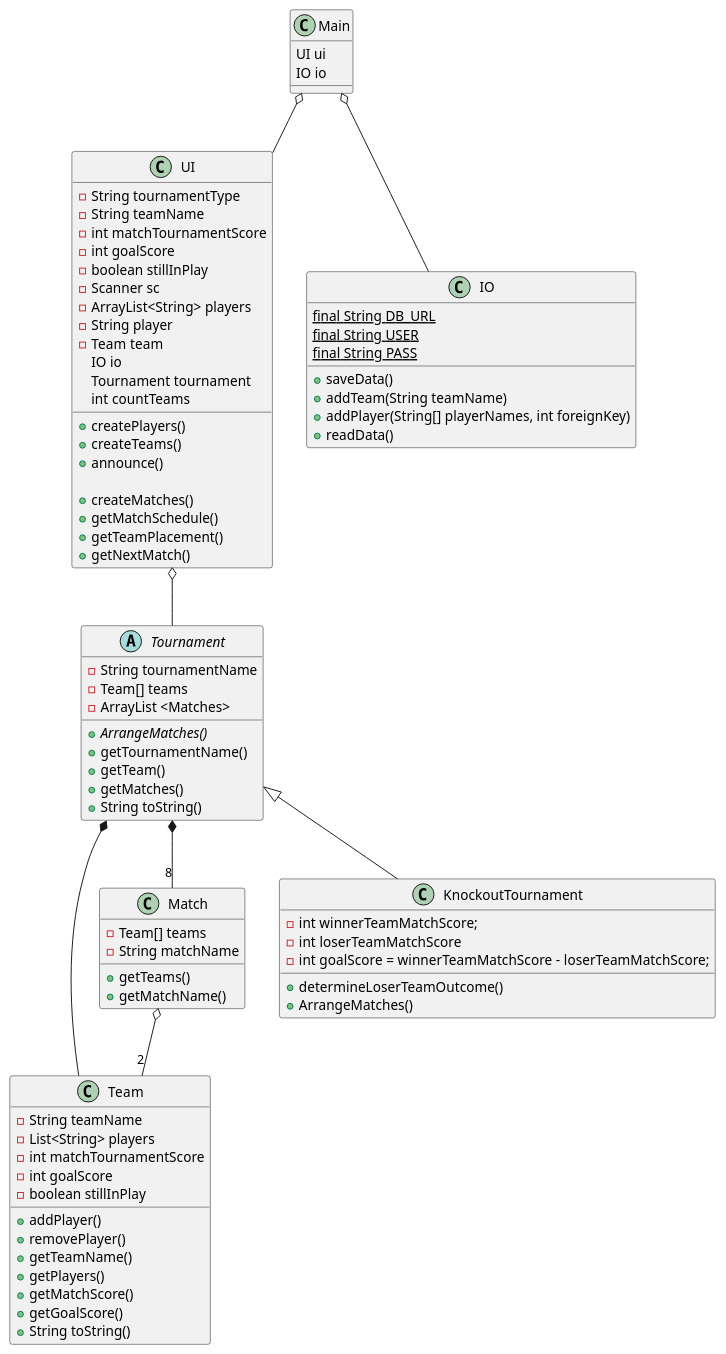
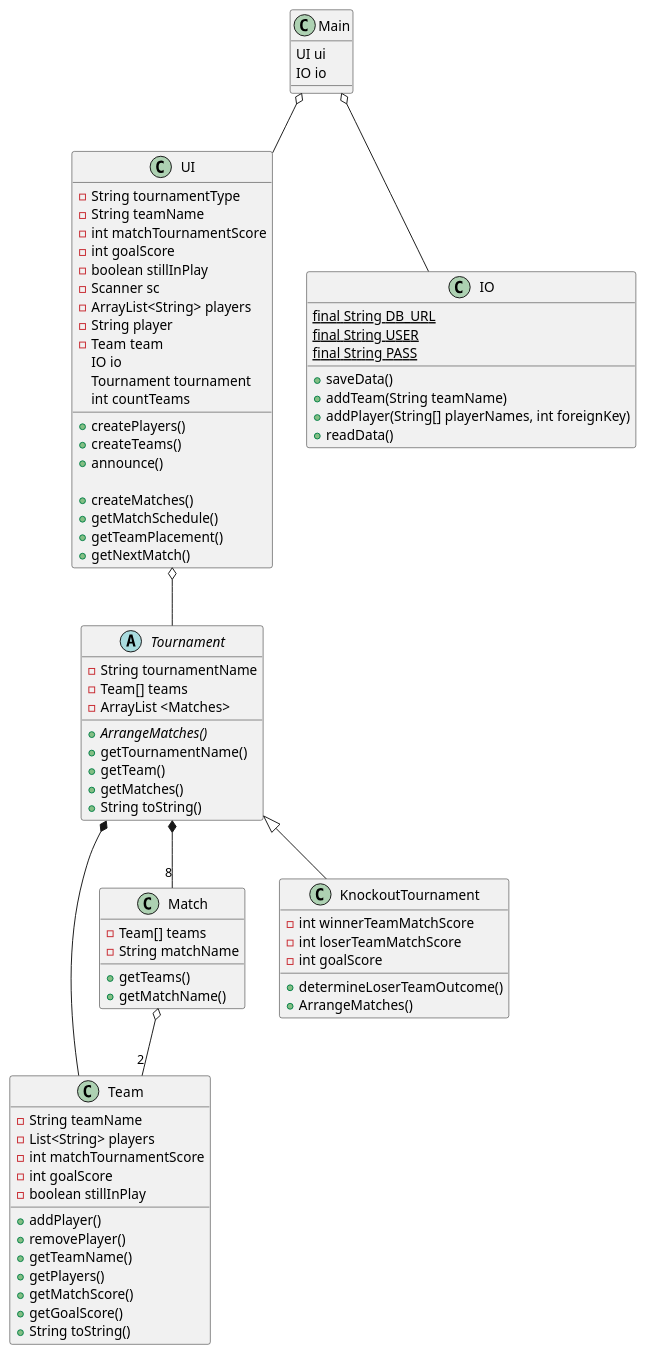
Before and after one commit to DeRp-DaWg/SP3: the diagram in doc/Class.puml, drawn with PlantUML.

Commit message:
Redigeret af Andreas

```diff
--- a/doc/Class.puml
+++ b/doc/Class.puml
@@ -1,91 +1,91 @@
 @startuml
 'https://plantuml.com/class-diagram
 
 class Main{
 UI ui
 IO io
 }
 
 
 class Team {
 -String teamName
 -List<String> players
 -int matchTournamentScore
 -int goalScore
 -boolean stillInPlay
 +addPlayer()
 +removePlayer()
 +getTeamName()
 +getPlayers()
 +getMatchScore()
 +getGoalScore()
 +String toString()
 }
 
 class Match{
 -Team[] teams
 -String matchName
 +getTeams()
 +getMatchName()
 }
 
 abstract Tournament {
 -String tournamentName
 -Team[] teams
 -ArrayList <Matches>
 +{abstract}ArrangeMatches()
 +getTournamentName()
 +getTeam()
 +getMatches()
 +String toString()
 }
 
 class KnockoutTournament{
--int winnerTeamMatchScore;
+-int winnerTeamMatchScore
 -int loserTeamMatchScore
--int goalScore = winnerTeamMatchScore - loserTeamMatchScore;
+-int goalScore
 +determineLoserTeamOutcome()
 +ArrangeMatches()
 }
 
 class UI {
 -String tournamentType
 -String teamName
 -int matchTournamentScore
 -int goalScore
 -boolean stillInPlay
 -Scanner sc
 -ArrayList<String> players
 -String player
 -Team team
 IO io
 Tournament tournament
 int countTeams
 +createPlayers()
 +createTeams()
 + announce()
 
 +createMatches()
 +getMatchSchedule()
 +getTeamPlacement()
 +getNextMatch()
 }
 
 class IO {
 {static}final String DB_URL
 {static}final String USER
 {static}final String PASS
 +saveData()
 +addTeam(String teamName)
 +addPlayer(String[] playerNames, int foreignKey)
 +readData()
 }
 
 UI o-- Tournament
 Main o-- IO
 Tournament *-- "8" Match
 Tournament *-- Team
 Match o-- "2" Team
 Tournament <|-- KnockoutTournament
 Main o-- UI
 @enduml
```
